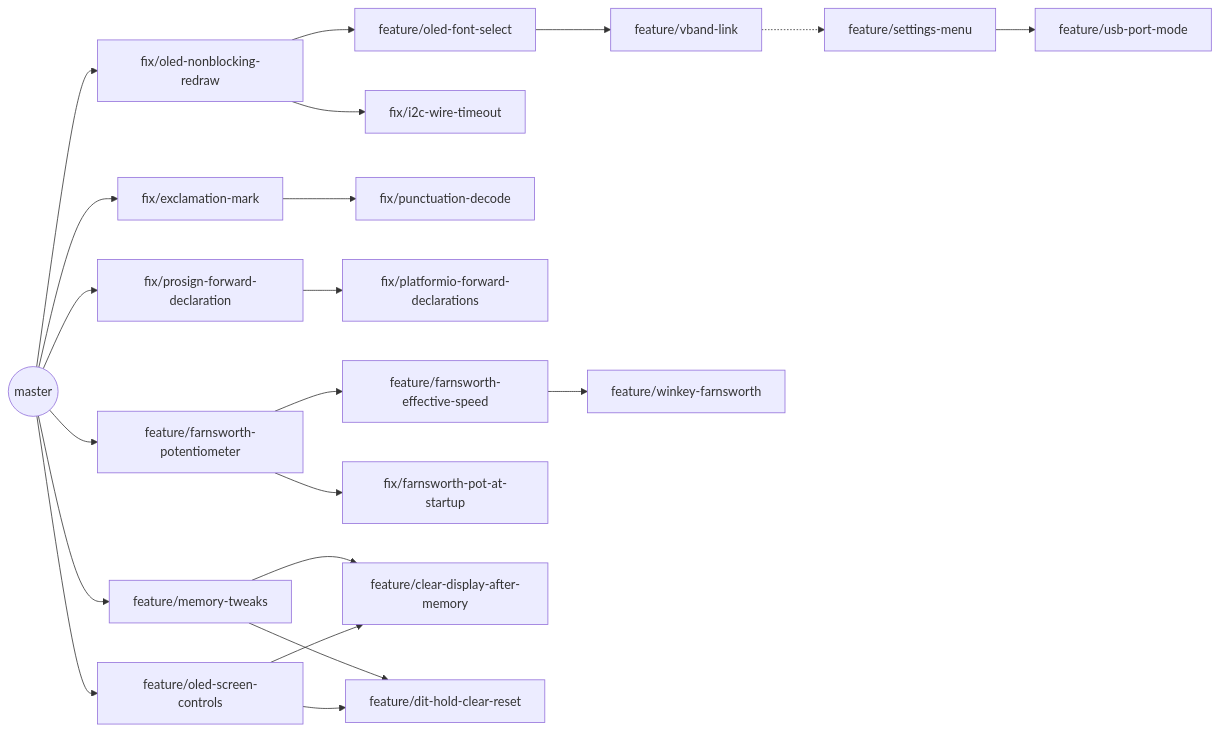
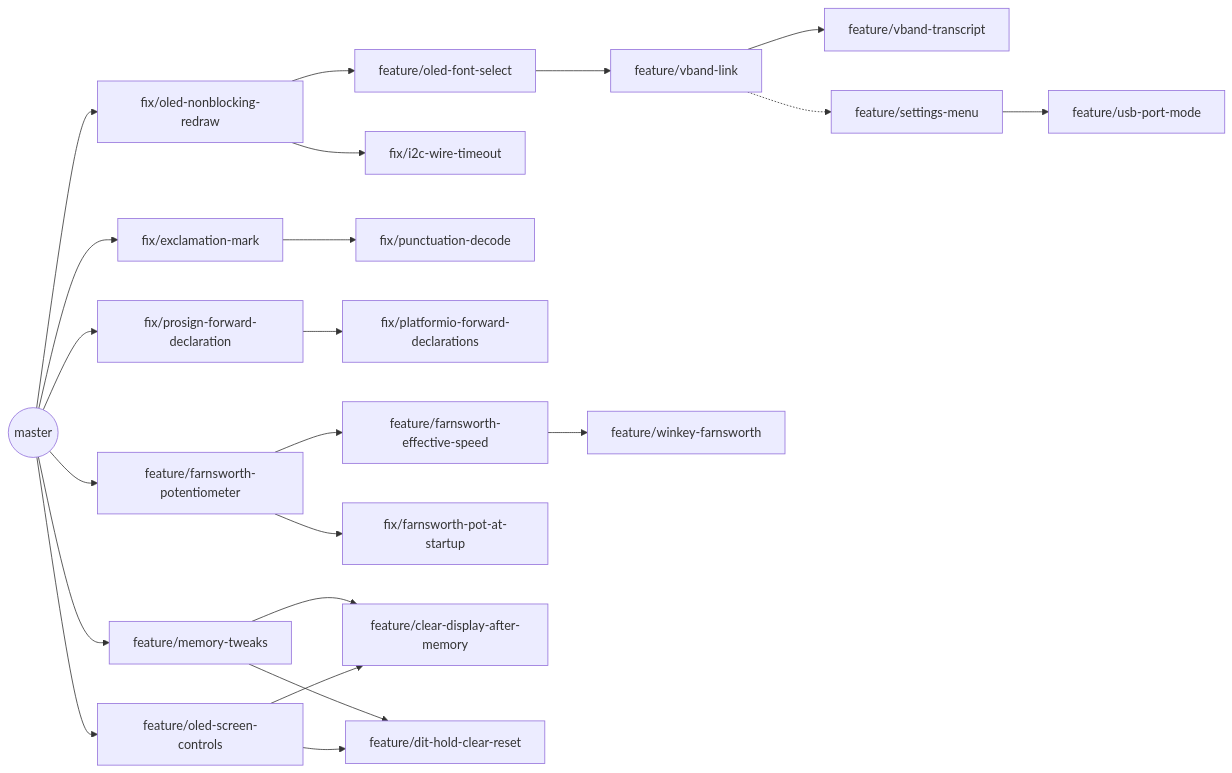
The diagram in UPSTREAM.md (W7YFR/k3ng_cw_keyer), drawn with Mermaid before and after one commit. The commit also changed other lines of this file and 1 other file, not shown here.

Commit message:
docs: changelog and upstream map for the VBand transcript and the settings room

````diff
--- a/UPSTREAM.md
+++ b/UPSTREAM.md
@@ -43,21 +43,22 @@
 ```mermaid
 flowchart LR
   master((master))
   master --> nb[fix/oled-nonblocking-redraw]
   nb --> font[feature/oled-font-select]
   nb --> i2c[fix/i2c-wire-timeout]
   font --> vb[feature/vband-link]
+  vb --> tr[feature/vband-transcript]
   vb -.-> menu[feature/settings-menu]
   menu --> usb[feature/usb-port-mode]
   master --> ex[fix/exclamation-mark] --> punct[fix/punctuation-decode]
   master --> pfd[fix/prosign-forward-declaration] --> pio2[fix/platformio-forward-declarations]
   master --> fpot[feature/farnsworth-potentiometer]
   fpot --> feff[feature/farnsworth-effective-speed] --> wkf[feature/winkey-farnsworth]
   fpot --> fpotfix[fix/farnsworth-pot-at-startup]
   master --> mem[feature/memory-tweaks]
   master --> osc[feature/oled-screen-controls]
   mem --> clr[feature/clear-display-after-memory]
   osc --> clr
   mem --> dit[feature/dit-hold-clear-reset]
   osc --> dit
 ```
````
